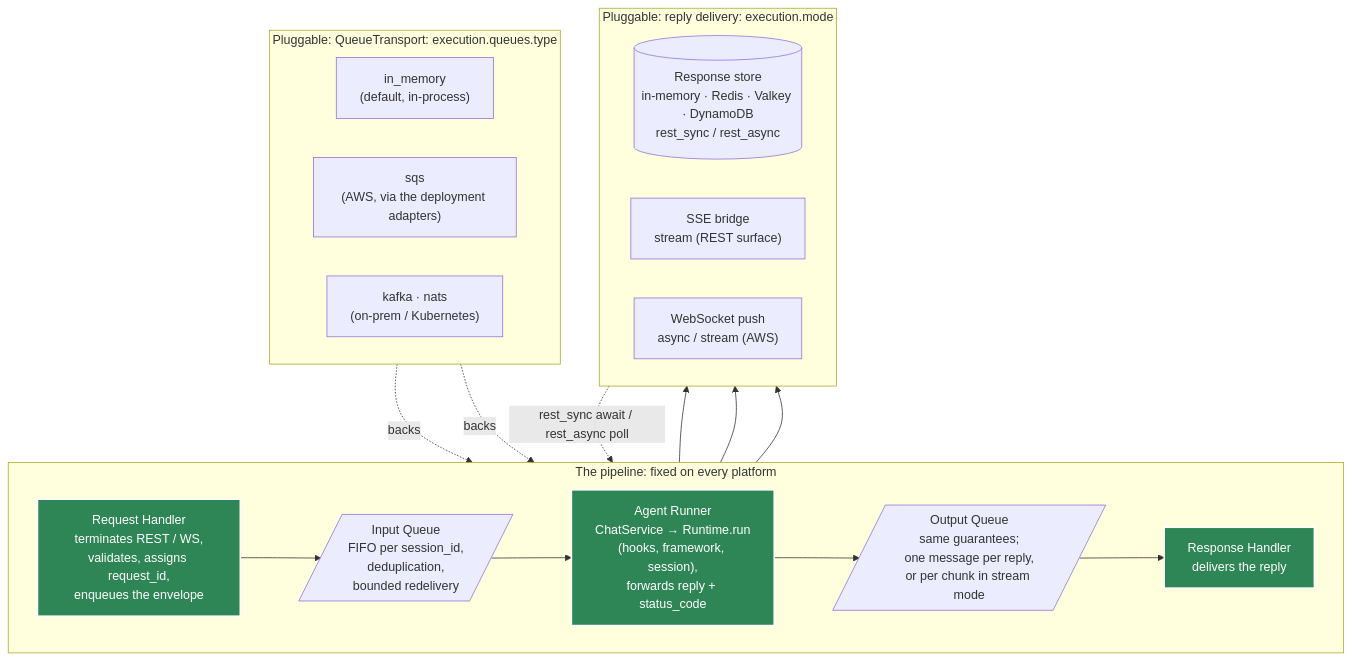
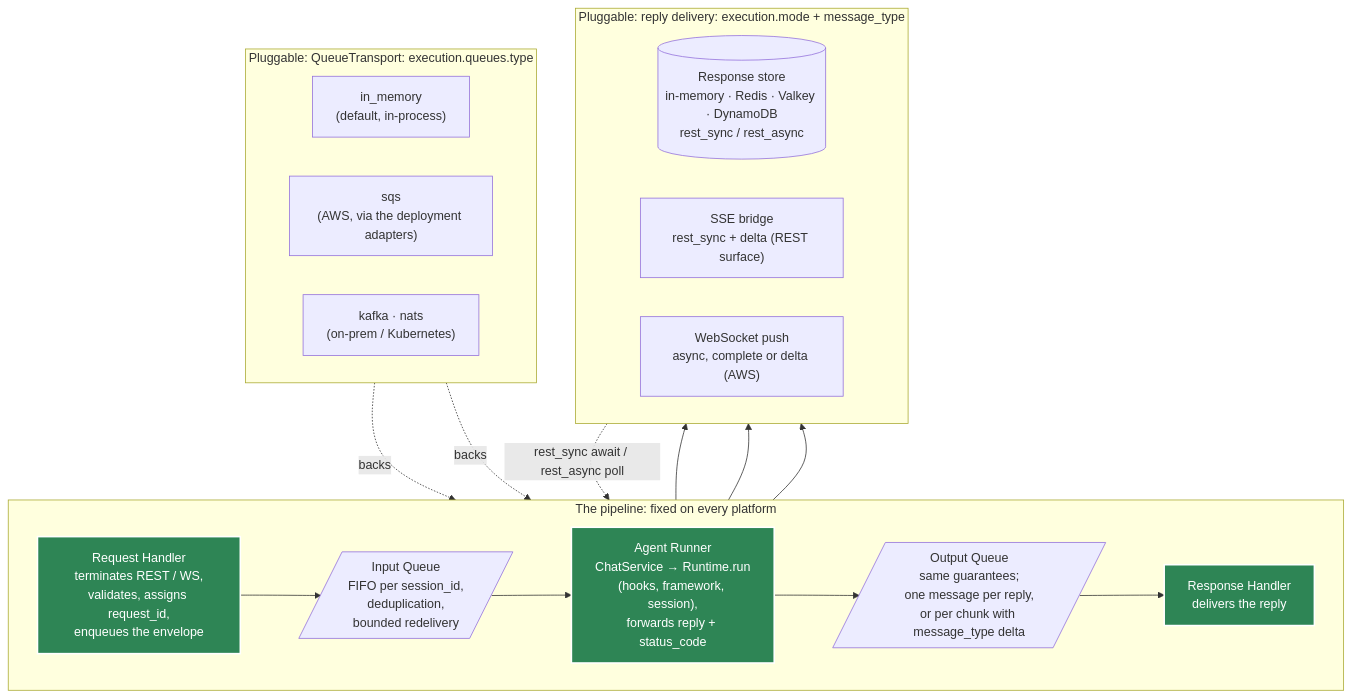
Before and after one commit to yaalalabs/agent-kernel: the fourth of 8 diagrams in docs/docs/architecture/execution-flow.md, drawn with Mermaid. The commit also changed other lines of this file and 145 other files, not shown here.

First line of the commit message:
feat: split execution.mode into invocation mode and message_type (#854)

````diff
--- a/docs/docs/architecture/execution-flow.md
+++ b/docs/docs/architecture/execution-flow.md
@@ -214,37 +215,37 @@
 ```mermaid
 graph TB
     subgraph PIPE["The pipeline: fixed on every platform"]
         direction LR
         RH["Request Handler<br/>terminates REST / WS,<br/>validates, assigns request_id,<br/>enqueues the envelope"]
         IQ[/"Input Queue<br/>FIFO per session_id,<br/>deduplication,<br/>bounded redelivery"/]
         AR["Agent Runner<br/>ChatService → Runtime.run<br/>(hooks, framework, session),<br/>forwards reply + status_code"]
-        OQ[/"Output Queue<br/>same guarantees;<br/>one message per reply,<br/>or per chunk in stream mode"/]
+        OQ[/"Output Queue<br/>same guarantees;<br/>one message per reply,<br/>or per chunk with message_type delta"/]
         RESP["Response Handler<br/>delivers the reply"]
         RH --> IQ --> AR --> OQ --> RESP
     end
 
     subgraph TRANS["Pluggable: QueueTransport: execution.queues.type"]
         direction LR
         MEM["in_memory<br/>(default, in-process)"]
         SQS["sqs<br/>(AWS, via the deployment adapters)"]
         KN["kafka · nats<br/>(on-prem / Kubernetes)"]
     end
 
-    subgraph DELIV["Pluggable: reply delivery: execution.mode"]
+    subgraph DELIV["Pluggable: reply delivery: execution.mode + message_type"]
         direction LR
         RS[("Response store<br/>in-memory · Redis · Valkey · DynamoDB<br/>rest_sync / rest_async")]
-        SSE["SSE bridge<br/>stream (REST surface)"]
-        WS["WebSocket push<br/>async / stream (AWS)"]
+        SSE["SSE bridge<br/>rest_sync + delta (REST surface)"]
+        WS["WebSocket push<br/>async, complete or delta (AWS)"]
     end
 
     TRANS -.->|backs| IQ
     TRANS -.->|backs| OQ
     RESP --> RS
     RESP --> SSE
     RESP --> WS
     RS -.->|"rest_sync await / rest_async poll"| RH
 
     style RH fill:#2e8555,stroke:#fff,stroke-width:2px,color:#fff
     style AR fill:#2e8555,stroke:#fff,stroke-width:2px,color:#fff
     style RESP fill:#2e8555,stroke:#fff,stroke-width:2px,color:#fff
 ```
````
